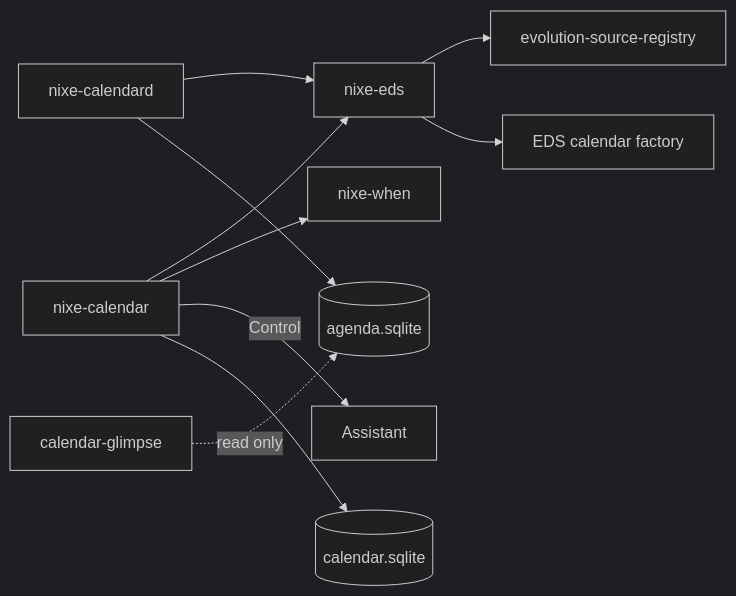
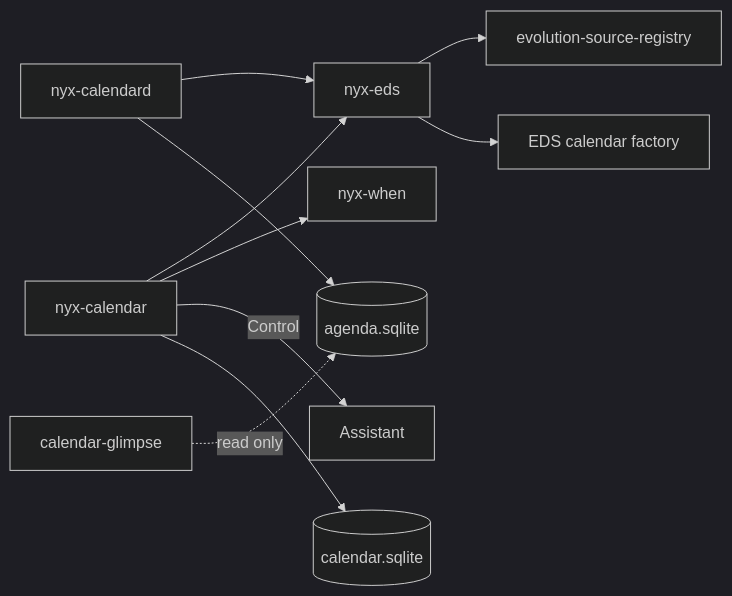
The diagram in docs/ARCHITECTURE.md (design-nexus/nixe-calendar), drawn with Mermaid (dark theme) before and after one commit. The commit also changed other lines of this file and 52 other files, not shown here.

First line of the commit message:
Rename Nixe to Nyx

````diff
--- a/docs/ARCHITECTURE.md
+++ b/docs/ARCHITECTURE.md
@@ -3,12 +3,12 @@
 ```mermaid
 flowchart LR
-  UI[nixe-calendar] --> Eds[nixe-eds]
-  Cald[nixe-calendard] --> Eds
+  UI[nyx-calendar] --> Eds[nyx-eds]
+  Cald[nyx-calendard] --> Eds
   Eds --> Reg[evolution-source-registry]
   Eds --> Factory[EDS calendar factory]
-  UI --> When[nixe-when]
+  UI --> When[nyx-when]
   UI -->|Control| Assistant
   Cald --> Agenda[(agenda.sqlite)]
   Glimpse[calendar-glimpse] -.read only.-> Agenda
   UI --> Local[(calendar.sqlite)]
 ```
````
